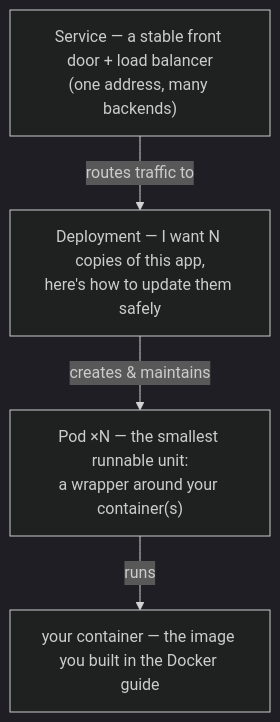
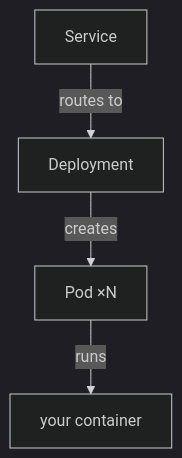
The first of 2 diagrams in guides/kubernetes-without-the-hype/02-the-core-objects.md (Topurrra/themissingmanual), drawn with Mermaid (dark theme) before and after one commit. The commit also changed other lines of this file and 15 other files, not shown here.

Commit message:
fixed mermaid diagrams

````diff
--- a/guides/kubernetes-without-the-hype/02-the-core-objects.md
+++ b/guides/kubernetes-without-the-hype/02-the-core-objects.md
@@ -20,10 +20,6 @@
 ```mermaid
 flowchart TD
-  Service["Service — a stable front door + load balancer<br/>(one address, many backends)"]
-  Deployment["Deployment — I want N copies of this app,<br/>here's how to update them safely"]
-  Pod["Pod ×N — the smallest runnable unit:<br/>a wrapper around your container(s)"]
-  Container["your container — the image you built in the Docker guide"]
-  Service -->|routes traffic to| Deployment
-  Deployment -->|creates & maintains| Pod
-  Pod -->|runs| Container
+  Service[Service] -->|routes to| Deployment[Deployment]
+  Deployment -->|creates| Pod["Pod ×N"]
+  Pod -->|runs| Container[your container]
 ```
````
